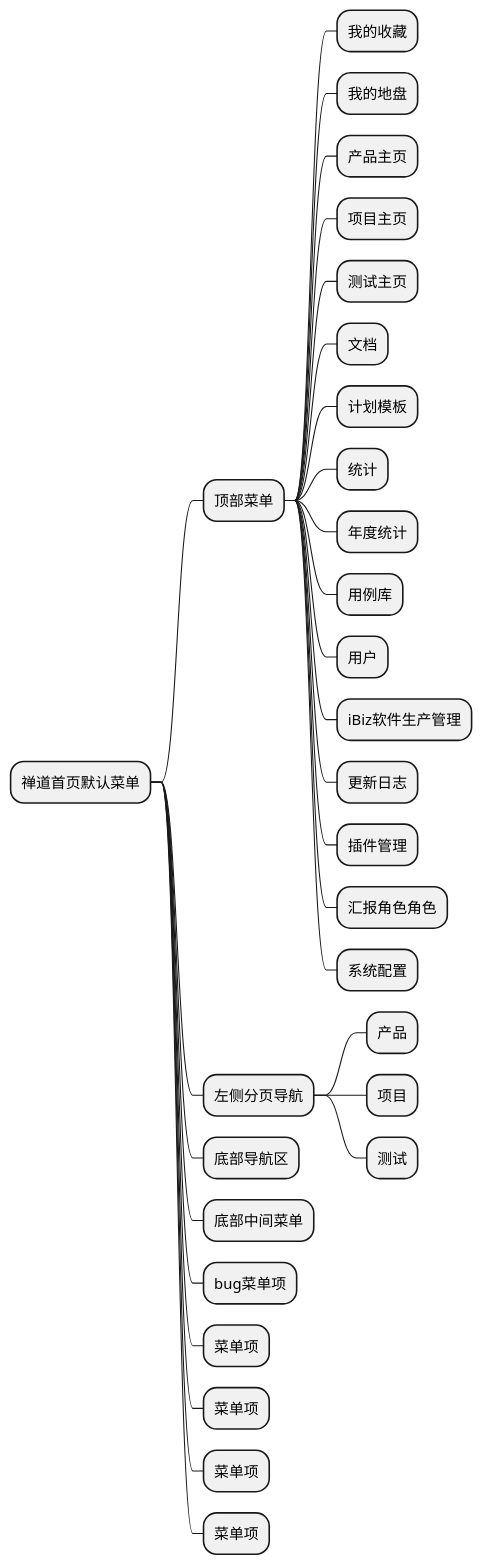
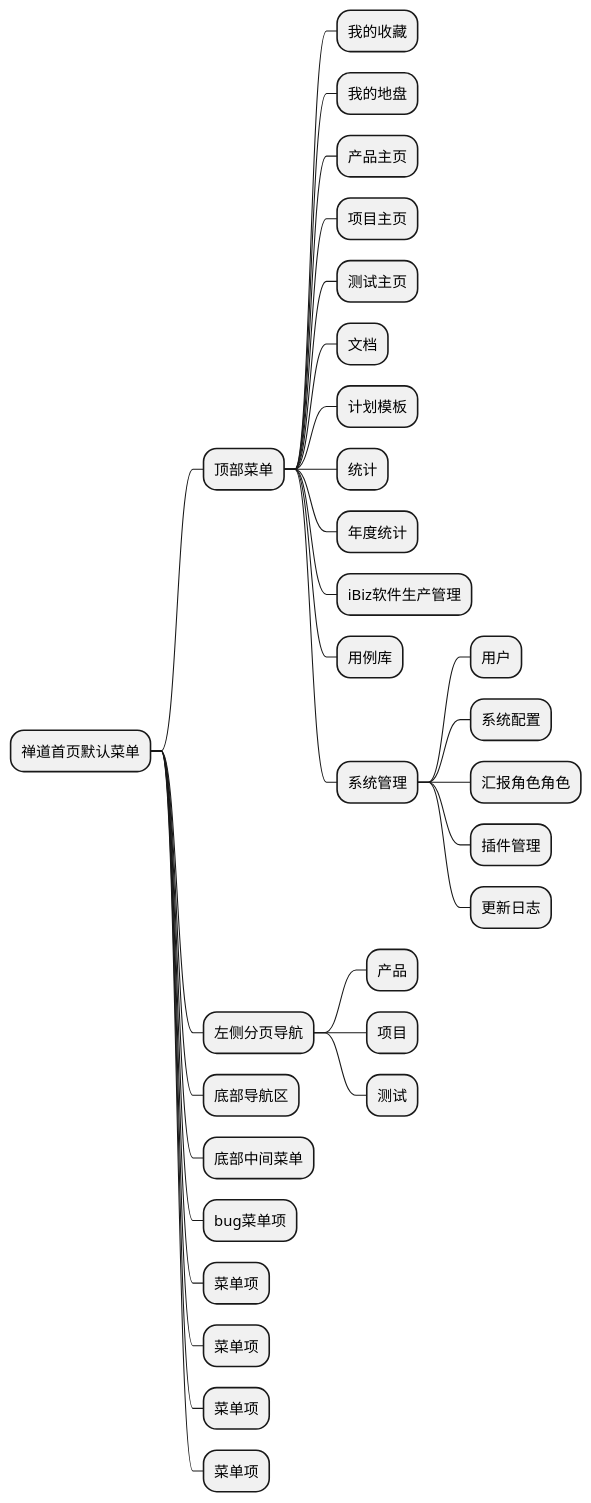
Before and after one commit to zj335841911/nt_chandao: the diagram in ibizpms-docs/src/main/doc/v1/app/web/zentao.md, drawn with PlantUML. The commit also changed other lines of this file and 12 other files, not shown here.

```diff
--- a/ibizpms-docs/src/main/doc/v1/app/web/zentao.md
+++ b/ibizpms-docs/src/main/doc/v1/app/web/zentao.md
@@ -5,33 +5,34 @@
 {% plantuml %}
 @startmindmap
 * 禅道首页默认菜单
 ** 顶部菜单
 *** 我的收藏
 *** 我的地盘
 *** 产品主页
 *** 项目主页
 *** 测试主页
 *** 文档
 *** 计划模板
 *** 统计
 *** 年度统计
+*** iBiz软件生产管理
 *** 用例库
-*** 用户
-*** iBiz软件生产管理
-*** 更新日志
-*** 插件管理
-*** 汇报角色角色
-*** 系统配置
+*** 系统管理
+**** 用户
+**** 系统配置
+**** 汇报角色角色
+**** 插件管理
+**** 更新日志
 ** 左侧分页导航
 *** 产品
 *** 项目
 *** 测试
 ** 底部导航区
 ** 底部中间菜单
 ** bug菜单项
 ** 菜单项
 ** 菜单项
 ** 菜单项
 ** 菜单项
 @endmindmap
 {% endplantuml %}
```
